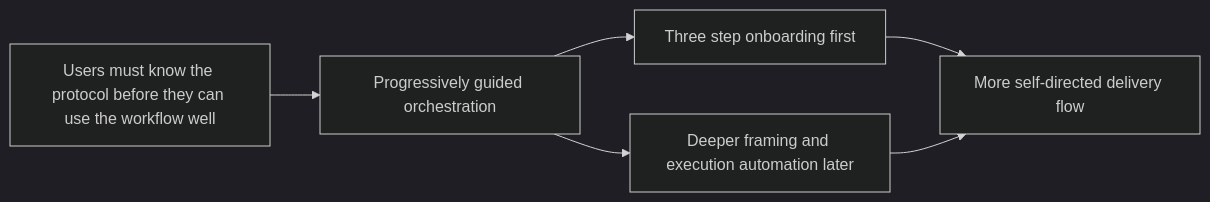
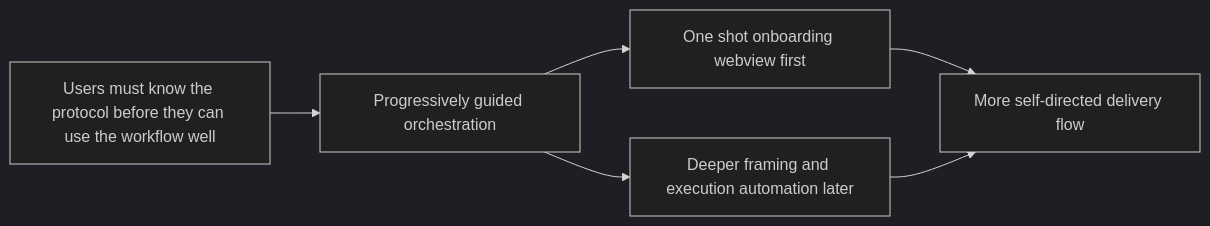
One commit to AlexAgo83/logics-manager changed the diagram in logics/product/prod_004_logics_auto_orchestration_vision.md. Above: the diagram before and after it, drawn with Mermaid (dark theme). The commit also changed other lines of this file and 5 other files, not shown here.

````diff
--- a/logics/product/prod_004_logics_auto_orchestration_vision.md
+++ b/logics/product/prod_004_logics_auto_orchestration_vision.md
@@ -16,10 +16,10 @@
 ```mermaid
 %% logics-kind: product
 %% logics-signature: product|logics-auto-orchestration-vision|req-119-three-step-onboarding-for-need-f|logics-should-eventually-move-beyond-a-w|users-must-know-the-protocol-before-they
 flowchart LR
     Problem[Users must know the protocol before they can use the workflow well] --> Direction[Progressively guided orchestration]
-    Direction --> NearTerm[Three step onboarding first]
+    Direction --> NearTerm[One shot onboarding webview first]
     Direction --> Future[Deeper framing and execution automation later]
     NearTerm --> Outcome[Lower cognitive load]
     Future --> Outcome[More self-directed delivery flow]
 ```
````
